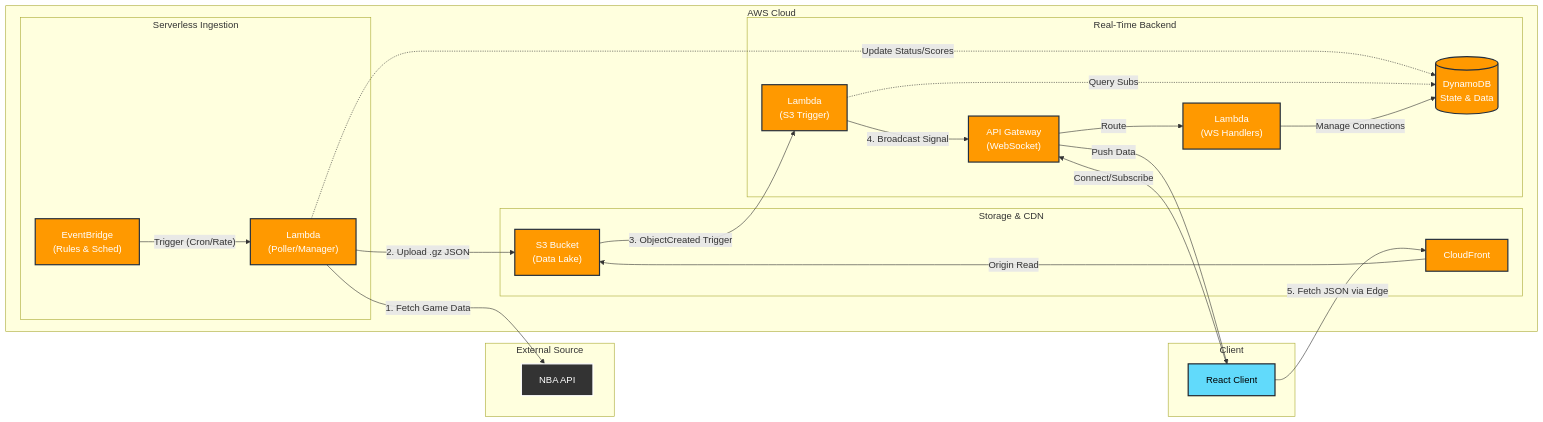
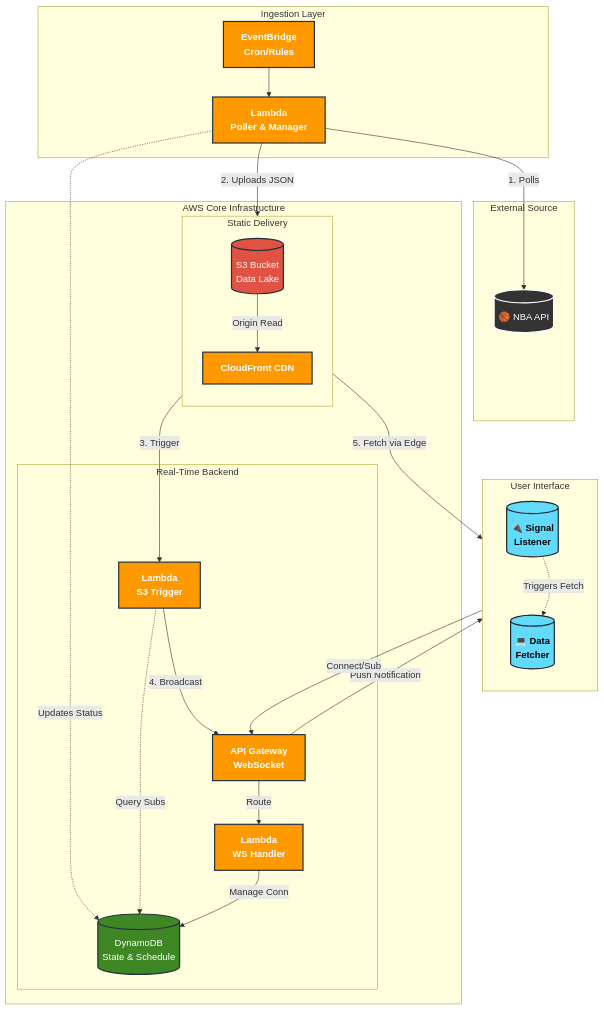
One commit to eaganro/MinutesMap changed the diagram in README.md. Above: the diagram before and after it, drawn with Mermaid.

Commit message:
Change architecture diagram in README to top down.

````diff
--- a/README.md
+++ b/README.md
@@ -19,57 +19,72 @@
 ```mermaid
-flowchart LR
-    %% Styling
-    classDef aws fill:#FF9900,stroke:#232F3E,stroke-width:2px,color:white;
-    classDef client fill:#61DAFB,stroke:#20232a,stroke-width:2px,color:black;
+flowchart TD
+    %% --- Styling ---
+    classDef aws fill:#FF9900,stroke:#232F3E,stroke-width:2px,color:white,font-weight:bold;
+    classDef storage fill:#E05243,stroke:#232F3E,stroke-width:2px,color:white;
+    classDef db fill:#3F8624,stroke:#232F3E,stroke-width:2px,color:white;
+    classDef client fill:#61DAFB,stroke:#20232a,stroke-width:2px,color:black,font-weight:bold;
     classDef ext fill:#333,stroke:#fff,stroke-width:2px,color:white;
 
+    %% --- Nodes ---
     subgraph External [External Source]
-        NBA["NBA API"]:::ext
+        NBA[("🏀 NBA API")]:::ext
     end
 
-    subgraph AWS [AWS Cloud]
-        subgraph Ingestion [Serverless Ingestion]
-            EB["EventBridge<br/>(Rules & Sched)"]:::aws
-            L_Poller["Lambda<br/>(Poller/Manager)"]:::aws
+    subgraph Ingestion [Ingestion Layer]
+        EB[EventBridge<br/>Cron/Rules]:::aws
+        L_Poller[Lambda<br/>Poller & Manager]:::aws
+    end
+
+    subgraph Core [AWS Core Infrastructure]
+        %% Group Static Assets
+        subgraph Static [Static Delivery]
+            direction TB
+            S3[("S3 Bucket<br/>Data Lake")]:::storage
+            CF[CloudFront CDN]:::aws
         end
 
-        subgraph Storage [Storage & CDN]
-            S3["S3 Bucket<br/>(Data Lake)"]:::aws
-            CF["CloudFront"]:::aws
-        end
-
-        subgraph Backend [Real-Time Backend]
-            L_Event["Lambda<br/>(S3 Trigger)"]:::aws
-            L_WS["Lambda<br/>(WS Handlers)"]:::aws
-            APIG["API Gateway<br/>(WebSocket)"]:::aws
-            DDB[("DynamoDB<br/>State & Data")]:::aws
+        %% Group Real-Time Logic
+        subgraph RealTime [Real-Time Backend]
+            L_Event[Lambda<br/>S3 Trigger]:::aws
+            L_WS[Lambda<br/>WS Handler]:::aws
+            DDB[("DynamoDB<br/>State & Schedule")]:::db
+            APIG[API Gateway<br/>WebSocket]:::aws
         end
     end
 
-    subgraph Frontend [Client]
-        Browser["React Client"]:::client
+    subgraph Frontend [User Interface]
+        direction TB
+        %% SPLIT THE CLIENT: This forces the arrows to distinct targets
+        Client_Signal[("🔌 Signal<br/>Listener")]:::client
+        Client_View[("💻 Data<br/>Fetcher")]:::client
+        
+        %% Invisible link to keep them stacked nicely
+        Client_Signal ~~~ Client_View
     end
 
-    %% --- Data Flow Steps ---
+    %% --- Connections ---
 
-    %% 1. Polling & Ingestion Flow (The new part)
-    EB -- Trigger (Cron/Rate) --> L_Poller
-    L_Poller -- 1. Fetch Game Data --> NBA
-    L_Poller -- 2. Upload .gz JSON --> S3
-    L_Poller -. Update Status/Scores .-> DDB
+    %% 1. Ingestion
+    EB --> L_Poller
+    L_Poller -- 1. Polls --> NBA
+    L_Poller -- 2. Uploads JSON --> S3
+    L_Poller -. Updates Status .-> DDB
 
-    %% 2. Real-Time Notification Flow
-    S3 -- 3. ObjectCreated Trigger --> L_Event
+    %% 2. Notification Flow (Points to SIGNAL node)
+    S3 -- 3. Trigger --> L_Event
     L_Event -. Query Subs .-> DDB
-    L_Event -- 4. Broadcast Signal --> APIG
-    APIG -- Push Data --> Browser
+    L_Event -- 4. Broadcast --> APIG
+    APIG -- Push Notification --> Client_Signal
 
-    %% 3. Client Access Flow
-    Browser -- 5. Fetch JSON via Edge --> CF
-    CF -- Origin Read --> S3
+    %% 3. Static Data Flow (Points to DATA/VIEW node)
+    S3 -- Origin Read --> CF
+    CF -- 5. Fetch via Edge --> Client_View
 
-    %% 4. WebSocket Connection Flow
-    Browser -- Connect/Subscribe --> APIG
+    %% 4. Client Internal Logic (Optional: Shows the reaction)
+    Client_Signal -. Triggers Fetch .-> Client_View
+
+    %% 5. WebSocket Connection (Outgoing)
+    Client_Signal -- Connect/Sub --> APIG
     APIG -- Route --> L_WS
-    L_WS -- Manage Connections --> DDB
+    L_WS -- Manage Conn --> DDB
 ```
````
